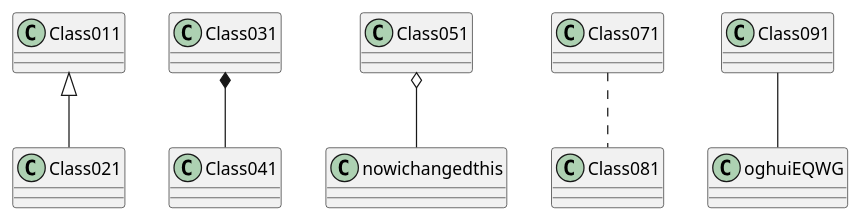
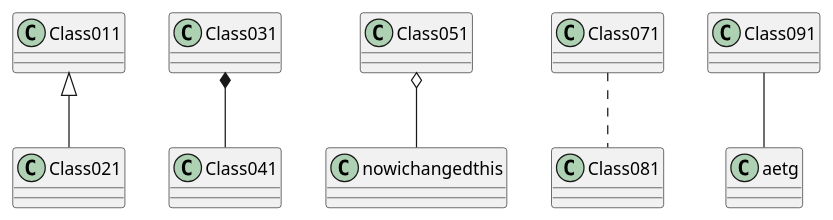
One commit to weichware10/meilensteine changed the diagram in meilenstein_03/sub/pumltest2.puml. Above: the diagram before and after it, drawn with PlantUML.

```diff
--- a/meilenstein_03/sub/pumltest2.puml
+++ b/meilenstein_03/sub/pumltest2.puml
@@ -1,7 +1,7 @@
 @startuml test
 Class011 <|-- Class021
 Class031 *-- Class041
 Class051 o-- nowichangedthis
 Class071 .. Class081
-Class091 -- oghuiEQWG
+Class091 -- aetg
 @enduml
```
